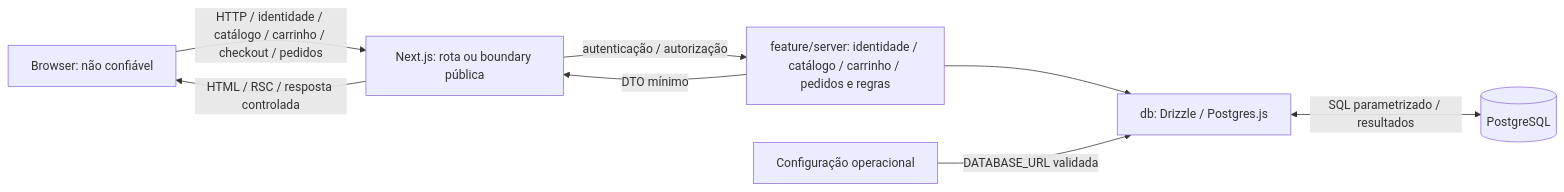
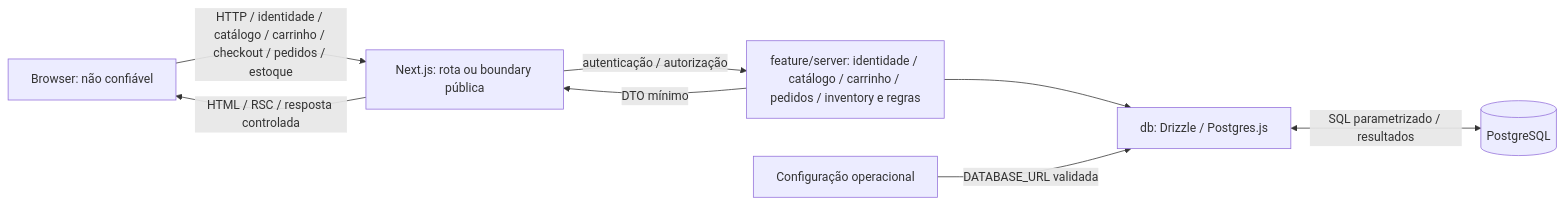
One commit to joaoapassos/guardian-bay changed the diagram in docs/architecture/threat-model.md. Above: the diagram before and after it, drawn with Mermaid. The commit also changed other lines of this file and 2 other files, not shown here.

Commit message:
chore: validate inventory epic (ECMSG-91)

````diff
--- a/docs/architecture/threat-model.md
+++ b/docs/architecture/threat-model.md
@@ -30,10 +30,10 @@
 ```mermaid
 flowchart LR
-    Browser["Browser: não confiável"] -->|"HTTP / identidade / catálogo / carrinho / checkout / pedidos"| Next["Next.js: rota ou boundary pública"]
-    Next -->|"autenticação / autorização"| Feature["feature/server: identidade / catálogo / carrinho / pedidos e regras"]
+    Browser["Browser: não confiável"] -->|"HTTP / identidade / catálogo / carrinho / checkout / pedidos / estoque"| Next["Next.js: rota ou boundary pública"]
+    Next -->|"autenticação / autorização"| Feature["feature/server: identidade / catálogo / carrinho / pedidos / inventory e regras"]
     Feature --> DB["db: Drizzle / Postgres.js"]
     DB <-->|"SQL parametrizado / resultados"| PG[(PostgreSQL)]
     Feature -->|"DTO mínimo"| Next
     Next -->|"HTML / RSC / resposta controlada"| Browser
     Config["Configuração operacional"] -->|"DATABASE_URL validada"| DB
 ```
````
